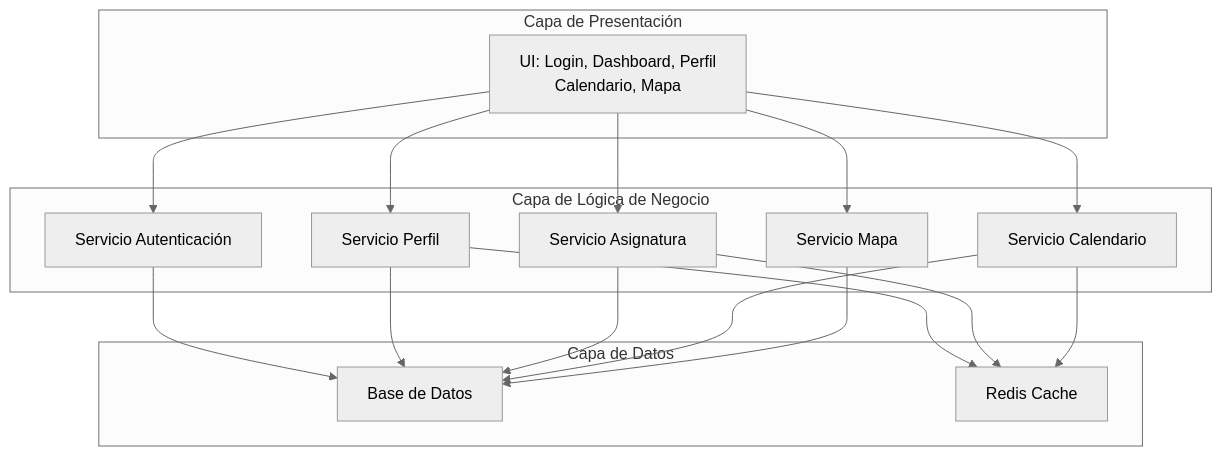
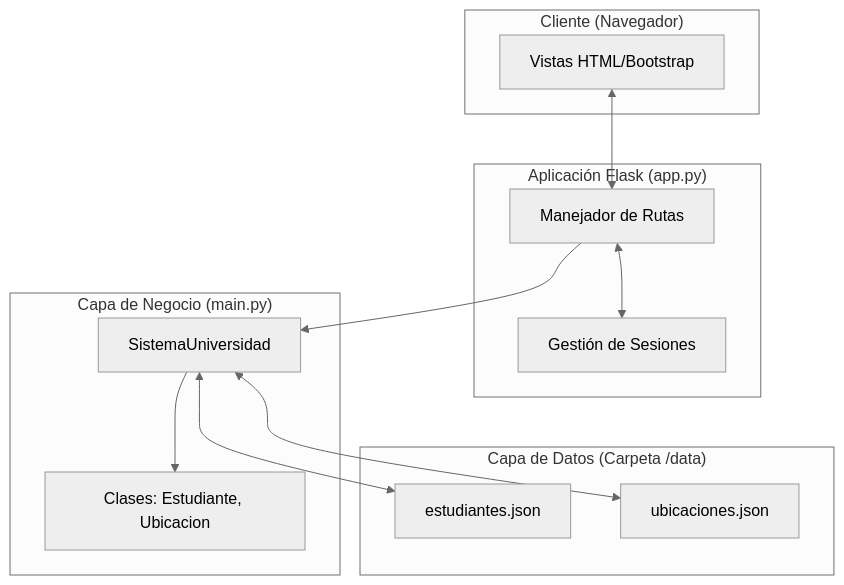
The diagram in diagramas/04_diagrama_componentes.md (martin0731/modelado_verificacion_pruebas), drawn with Mermaid (neutral theme) before and after one commit. The commit also changed 2 other files, not shown here.

Commit message:
actualización de diagramas de componentes, despliegue, secuencia

````diff
--- a/diagramas/04_diagrama_componentes.md
+++ b/diagramas/04_diagrama_componentes.md
@@ -3,35 +3,28 @@
 ```mermaid
 graph TB
-    subgraph Presentacion["Capa de Presentación"]
-        UI[UI: Login, Dashboard, Perfil<br/>Calendario, Mapa]
+    subgraph Cliente["Cliente (Navegador)"]
+        UI[Vistas HTML/Bootstrap]
     end
     
-    subgraph Logica["Capa de Lógica de Negocio"]
-        Auth[Servicio Autenticación]
-        Perfil[Servicio Perfil]
-        Asignatura[Servicio Asignatura]
-        Calendario[Servicio Calendario]
-        Mapa[Servicio Mapa]
+    subgraph Aplicacion["Aplicación Flask (app.py)"]
+        Routes[Manejador de Rutas]
+        Session[Gestión de Sesiones]
     end
     
-    subgraph Datos["Capa de Datos"]
-        BD[Base de Datos]
-        Cache[Redis Cache]
+    subgraph Logica["Capa de Negocio (main.py)"]
+        Sistema[SistemaUniversidad]
+        Modelos[Clases: Estudiante, Ubicacion]
     end
     
-    UI --> Auth
-    UI --> Perfil
-    UI --> Asignatura
-    UI --> Calendario
-    UI --> Mapa
+    subgraph Persistencia["Capa de Datos (Carpeta /data)"]
+        JSON_E[estudiantes.json]
+        JSON_U[ubicaciones.json]
+    end
     
-    Auth --> BD
-    Perfil --> BD
-    Asignatura --> BD
-    Calendario --> BD
-    Mapa --> BD
-    
-    Perfil --> Cache
-    Asignatura --> Cache
-    Calendario --> Cache
+    UI <--> Routes
+    Routes <--> Session
+    Routes --> Sistema
+    Sistema --> Modelos
+    Sistema <--> JSON_E
+    Sistema <--> JSON_U
 ```
````
